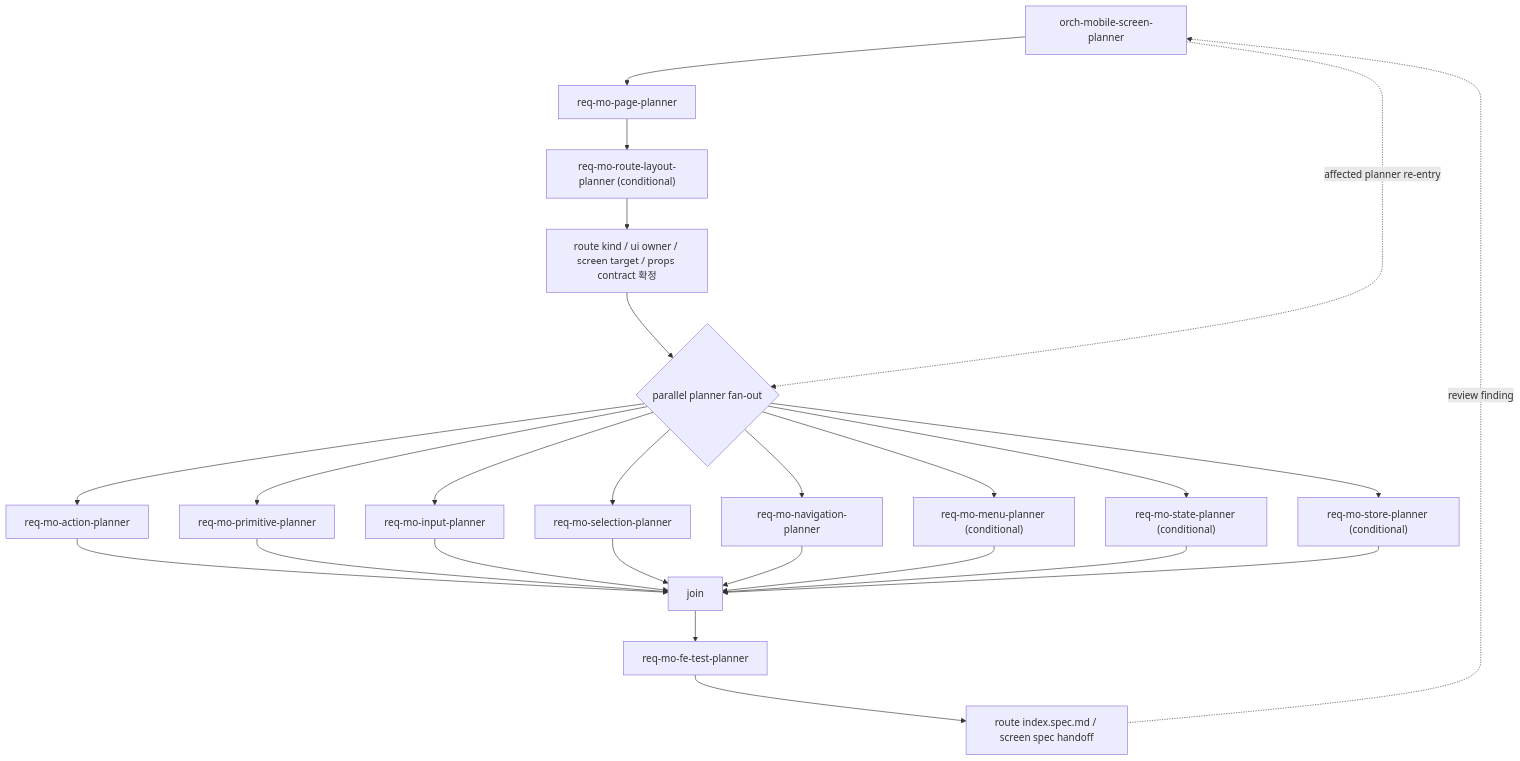
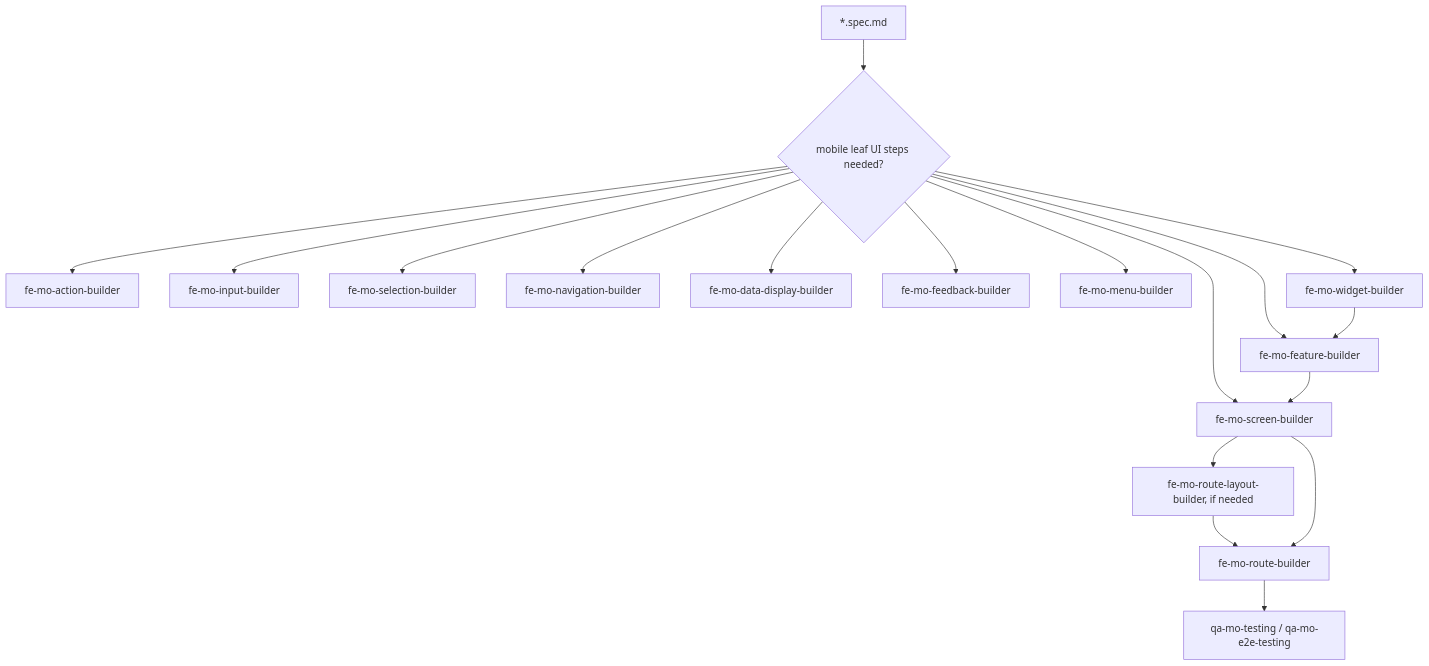
The fifth of 5 diagrams in docs/orchestration-agent-relationship-flow.md (kimjoongwon/prj-core), drawn with Mermaid before and after one commit. The commit also changed other lines of this file and 687 other files, not shown here.

````diff
--- a/docs/orchestration-agent-relationship-flow.md
+++ b/docs/orchestration-agent-relationship-flow.md
@@ -477,29 +191,20 @@
 ```mermaid
 flowchart TD
-  MSP["orch-mobile-screen-planner"] --> RMP["req-mo-page-planner"]
-  RMP --> RMRL["req-mo-route-layout-planner (conditional)"]
-  RMRL --> CLASS["route kind / ui owner / screen target / props contract 확정"]
-  CLASS --> F{"parallel planner fan-out"}
-
-  F --> RMA["req-mo-action-planner"]
-  F --> RMPri["req-mo-primitive-planner"]
-  F --> RMI["req-mo-input-planner"]
-  F --> RMS["req-mo-selection-planner"]
-  F --> RMN["req-mo-navigation-planner"]
-  F --> RMM["req-mo-menu-planner (conditional)"]
-  F --> RMState["req-mo-state-planner (conditional)"]
-  F --> RMStore["req-mo-store-planner (conditional)"]
-
-  RMA --> J["join"]
-  RMPri --> J
-  RMI --> J
-  RMS --> J
-  RMN --> J
-  RMM --> J
-  RMState --> J
-  RMStore --> J
-  J --> RMFT["req-mo-fe-test-planner"]
-  RMFT --> SPEC["route index.spec.md / screen spec handoff"]
-  SPEC -. review finding .-> MSP
-  MSP -. affected planner re-entry .-> F
+  Spec["*.spec.md"] --> Leaf{"mobile leaf UI steps needed?"}
+  Leaf --> Action["fe-mo-action-builder"]
+  Leaf --> Input["fe-mo-input-builder"]
+  Leaf --> Selection["fe-mo-selection-builder"]
+  Leaf --> Navigation["fe-mo-navigation-builder"]
+  Leaf --> DataDisplay["fe-mo-data-display-builder"]
+  Leaf --> Feedback["fe-mo-feedback-builder"]
+  Leaf --> Menu["fe-mo-menu-builder"]
+  Leaf --> Widget["fe-mo-widget-builder"]
+  Leaf --> Feature["fe-mo-feature-builder"]
+  Leaf --> Screen["fe-mo-screen-builder"]
+  Widget --> Feature
+  Feature --> Screen
+  Screen --> Layout["fe-mo-route-layout-builder, if needed"]
+  Layout --> Route["fe-mo-route-builder"]
+  Screen --> Route
+  Route --> QA["qa-mo-testing / qa-mo-e2e-testing"]
 ```
````
